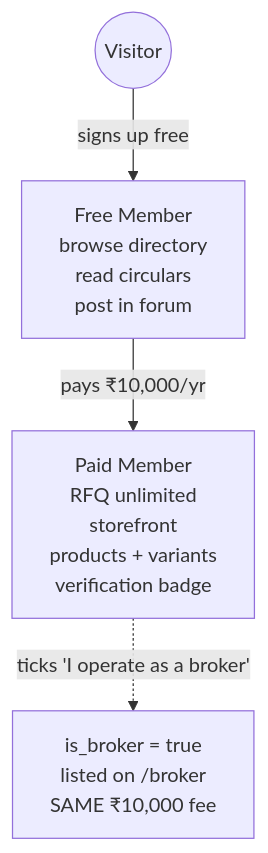
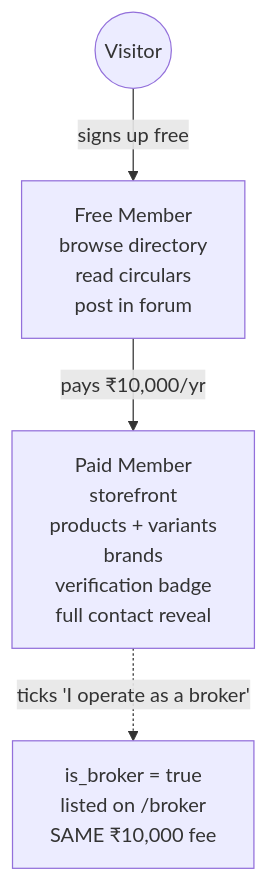
The first of 2 diagrams in src/content/docs/02-business-and-scope.md (arka97/mddma-test), drawn with Mermaid before and after one commit. The commit also changed other lines of this file and 6 other files, not shown here.

````diff
--- a/src/content/docs/02-business-and-scope.md
+++ b/src/content/docs/02-business-and-scope.md
@@ -22,6 +22,6 @@
 ```mermaid
 flowchart TD
   Visitor((Visitor)) -->|signs up free| Free[Free Member<br/>browse directory<br/>read circulars<br/>post in forum]
-  Free -->|pays ₹10,000/yr| Paid[Paid Member<br/>RFQ unlimited<br/>storefront<br/>products + variants<br/>verification badge]
+  Free -->|pays ₹10,000/yr| Paid[Paid Member<br/>storefront<br/>products + variants<br/>brands<br/>verification badge<br/>full contact reveal]
   Paid -.ticks 'I operate as a broker'.-> Broker[is_broker = true<br/>listed on /broker<br/>SAME ₹10,000 fee]
 ```
````
